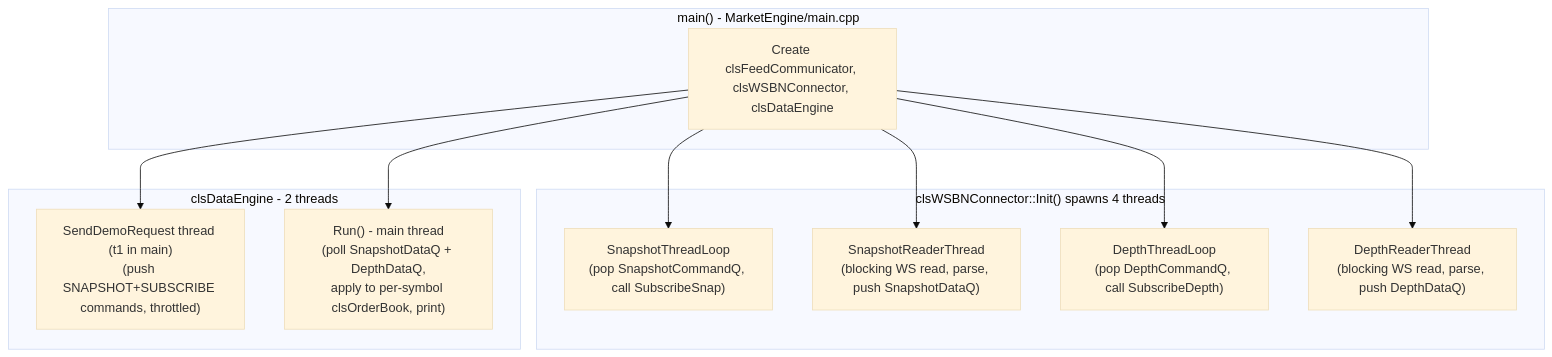
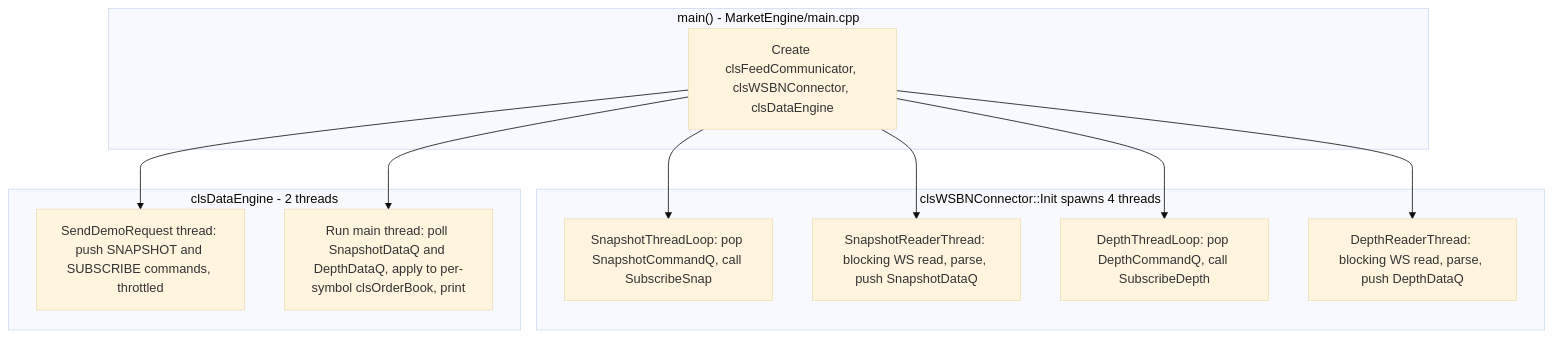
One commit to pratikgore/marketcore changed the first of 3 diagrams in architecture/thread_and_queue_model.md. Above: the diagram before and after it, drawn with Mermaid (base theme). The commit also changed other lines of this file and 1 other file, not shown here.

Commit message:
ARCH : updated diagram

````diff
--- a/architecture/thread_and_queue_model.md
+++ b/architecture/thread_and_queue_model.md
@@ -9,25 +9,25 @@
 ```mermaid
 flowchart TB
     subgraph MAIN["main() - MarketEngine/main.cpp"]
         M1["Create clsFeedCommunicator, clsWSBNConnector, clsDataEngine"]
     end
 
-    subgraph CONNECTOR["clsWSBNConnector::Init() spawns 4 threads"]
-        T1["SnapshotThreadLoop\n(pop SnapshotCommandQ, call SubscribeSnap)"]
-        T2["SnapshotReaderThread\n(blocking WS read, parse, push SnapshotDataQ)"]
-        T3["DepthThreadLoop\n(pop DepthCommandQ, call SubscribeDepth)"]
-        T4["DepthReaderThread\n(blocking WS read, parse, push DepthDataQ)"]
+    subgraph CONNECTOR["clsWSBNConnector::Init spawns 4 threads"]
+        T1["SnapshotThreadLoop: pop SnapshotCommandQ, call SubscribeSnap"]
+        T2["SnapshotReaderThread: blocking WS read, parse, push SnapshotDataQ"]
+        T3["DepthThreadLoop: pop DepthCommandQ, call SubscribeDepth"]
+        T4["DepthReaderThread: blocking WS read, parse, push DepthDataQ"]
     end
 
     subgraph ENGINE["clsDataEngine - 2 threads"]
-        T5["SendDemoRequest thread (t1 in main)\n(push SNAPSHOT+SUBSCRIBE commands, throttled)"]
-        T6["Run() - main thread\n(poll SnapshotDataQ + DepthDataQ,\napply to per-symbol clsOrderBook, print)"]
+        T5["SendDemoRequest thread: push SNAPSHOT and SUBSCRIBE commands, throttled"]
+        T6["Run main thread: poll SnapshotDataQ and DepthDataQ, apply to per-symbol clsOrderBook, print"]
     end
 
     M1 --> T1
     M1 --> T2
     M1 --> T3
     M1 --> T4
     M1 --> T5
     M1 --> T6
 ```
````
